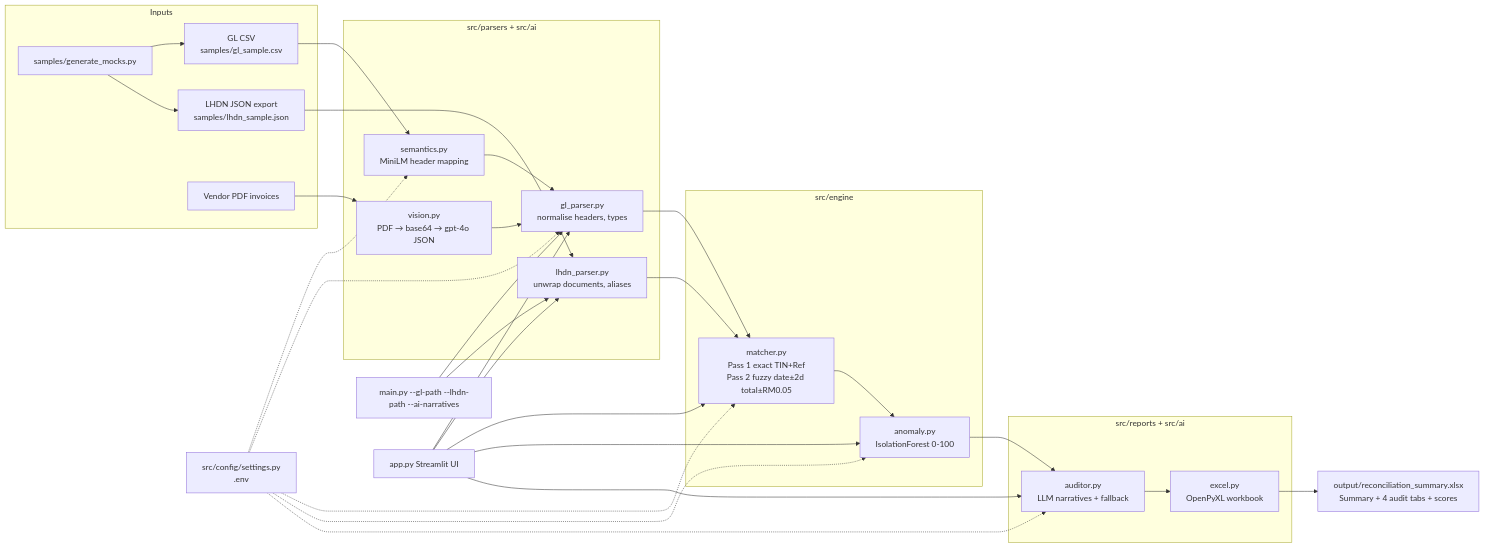
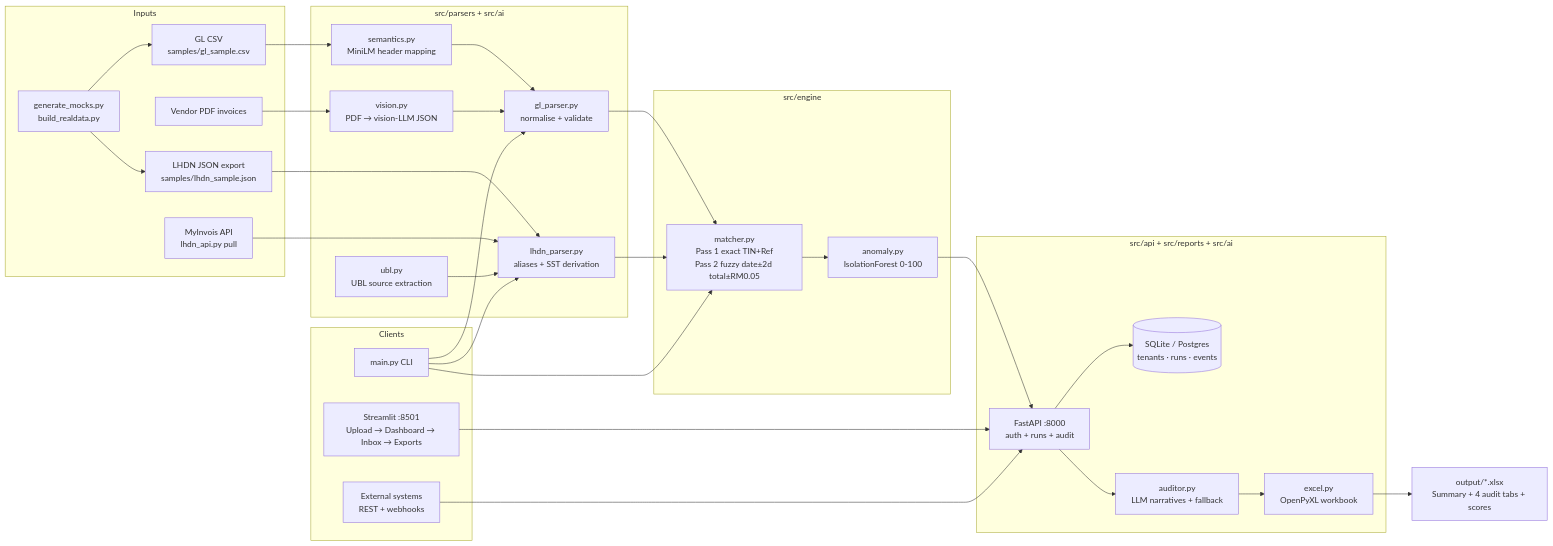
The diagram in README.md (qalsud/LHDN_Reconciler_app), drawn with Mermaid before and after one commit. The commit also changed other lines of this file, not shown here.

Commit message:
Recruiter polish: accurate architecture, demo path, fixed CLI table

````diff
--- a/README.md
+++ b/README.md
@@ -10,32 +10,45 @@
 ```mermaid
 flowchart LR
     subgraph Inputs
         GL[GL CSV<br/>samples/gl_sample.csv]
         LHDN[LHDN JSON export<br/>samples/lhdn_sample.json]
+        LIVE[MyInvois API<br/>lhdn_api.py pull]
         PDF[Vendor PDF invoices]
-        MOCK[samples/generate_mocks.py]
+        MOCK[generate_mocks.py<br/>build_realdata.py]
     end
     subgraph Parsers["src/parsers + src/ai"]
         SEM[semantics.py<br/>MiniLM header mapping]
-        GP[gl_parser.py<br/>normalise headers, types]
-        LP[lhdn_parser.py<br/>unwrap documents, aliases]
-        VIS[vision.py<br/>PDF → base64 → gpt-4o JSON]
+        GP[gl_parser.py<br/>normalise + validate]
+        LP[lhdn_parser.py<br/>aliases + SST derivation]
+        UBL[ubl.py<br/>UBL source extraction]
+        VIS[vision.py<br/>PDF → vision-LLM JSON]
     end
     subgraph Engine["src/engine"]
         RC[matcher.py<br/>Pass 1 exact TIN+Ref<br/>Pass 2 fuzzy date±2d total±RM0.05]
         AN[anomaly.py<br/>IsolationForest 0-100]
     end
-    subgraph Reports["src/reports + src/ai"]
+    subgraph Service["src/api + src/reports + src/ai"]
+        API[FastAPI :8000<br/>auth + runs + audit]
+        DB[(SQLite / Postgres<br/>tenants · runs · events)]
         AU[auditor.py<br/>LLM narratives + fallback]
         XL[excel.py<br/>OpenPyXL workbook]
+    end
+    subgraph Clients
+        CLI[main.py CLI]
+        UI[Streamlit :8501<br/>Upload → Dashboard → Inbox → Exports]
+        EXT[External systems<br/>REST + webhooks]
     end
     MOCK --> GL & LHDN
     GL --> SEM --> GP --> RC
     LHDN --> LP --> RC
+    LIVE --> LP
     PDF --> VIS --> GP
-    RC --> AN --> AU --> XL
-    XL --> OUT[output/reconciliation_summary.xlsx<br/>Summary + 4 audit tabs + scores]
-    CFG[src/config/settings.py<br/>.env] -.-> SEM & GP & RC & AN & AU
-    CLI[main.py --gl-path --lhdn-path --ai-narratives] --> GP & LP
-    UI[app.py Streamlit UI] --> GP & LP & RC & AN & AU
+    UBL --> LP
+    RC --> AN --> API
+    API --> DB
+    API --> AU --> XL
+    CLI --> GP & LP & RC
+    UI --> API
+    EXT --> API
+    XL --> OUT[output/*.xlsx<br/>Summary + 4 audit tabs + scores]
 ```
````
